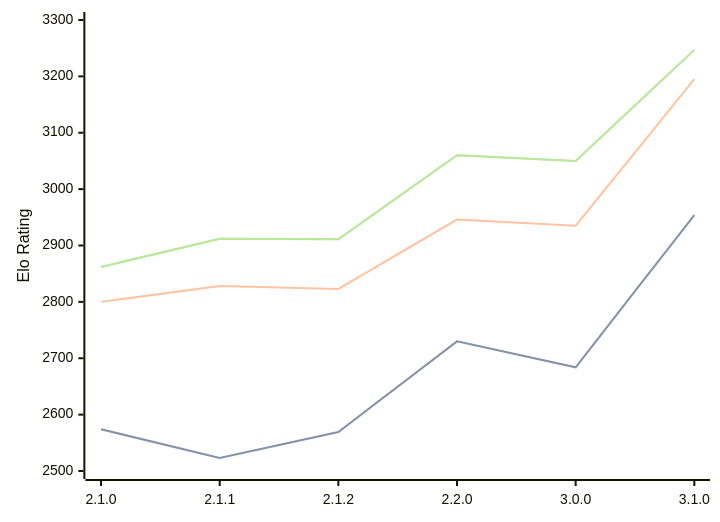
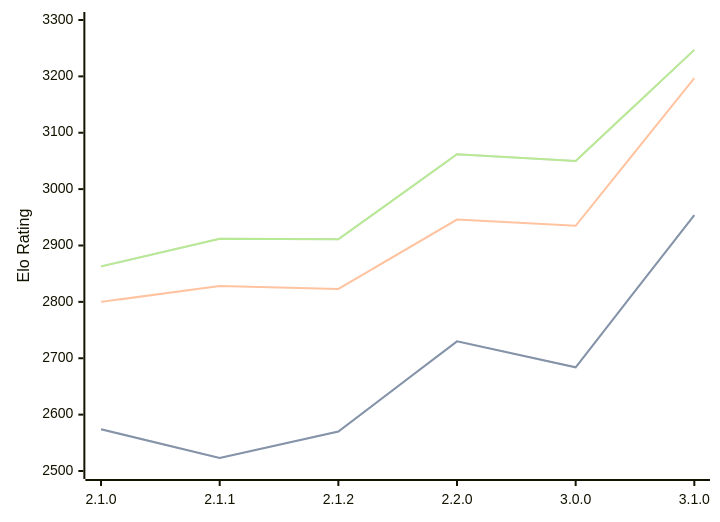
The diagram in engines/Prune.md (computer-chess-index/cci), drawn with Mermaid before and after one commit. The commit also changed other lines of this file, not shown here.

Commit message:
Update CCI Ratings (ELO VLTC) - 2026-02-15

````diff
--- a/engines/Prune.md
+++ b/engines/Prune.md
@@ -37,11 +37,11 @@
 ```mermaid
 %%{init: {"theme":"base","themeVariables":{"seriesColors:['#a3a3a3','#222221','#faa371']}}}%%
 xychart-beta
   x-axis ["2.1.0", "2.1.1", "2.1.2", "2.2.0", "3.0.0", "3.1.0"]
   y-axis "Elo Rating" 2500 --> 3300
-  line "STC (8.0+0.08s)" [2574, 2523, 2569, 2730, 2684, 2954]
-  line "STC (8.0+0.08s)" [2574, 2523, 2569, 2730, 2684, 2954]
-  line "LTC (60.0+0.60s)" [2800, 2828, 2823, 2946, 2935, 3195]
-  line "VLTC (2m24s+1.12s)" [2862, 2912, 2911, 3060, 3050, 3247]
-  line "VLTC (2m24s+1.12s)" [2862, 2912, 2911, 3060, 3050, 3247]
+  line "STC (8.0+0.08s)" [2574, 2523, 2570, 2730, 2684, 2954]
+  line "STC (8.0+0.08s)" [2574, 2523, 2570, 2730, 2684, 2954]
+  line "LTC (60.0+0.60s)" [2800, 2828, 2823, 2946, 2935, 3197]
+  line "VLTC (2m24s+1.12s)" [2863, 2912, 2911, 3062, 3050, 3247]
+  line "VLTC (2m24s+1.12s)" [2863, 2912, 2911, 3062, 3050, 3247]
 ```
````
